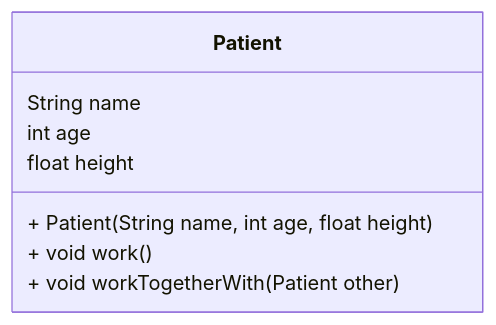
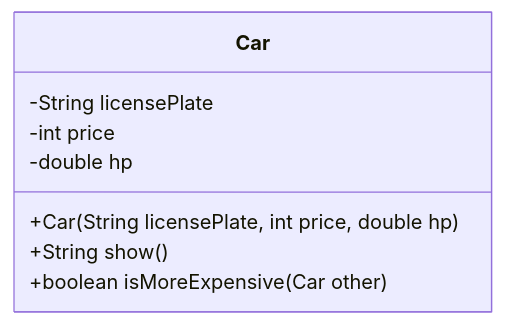
One commit to nbicocchi/learn-java-core changed the diagram in slides/E3.1 - Java Classes (Encapsulation).md. Above: the diagram before and after it, drawn with Mermaid. The commit also changed other lines of this file, not shown here.

````diff
--- a/slides/E3.1 - Java Classes (Encapsulation).md
+++ b/slides/E3.1 - Java Classes (Encapsulation).md
@@ -43,11 +50,12 @@
 ```mermaid
 classDiagram
-    class Patient {
-        String name
-        int age
-        float height
-        + Patient(String name, int age, float height)
-        + void work()
-        + void workTogetherWith(Patient other)
+    class Car {
+        -String licensePlate
+        -int price
+        -double hp
+        +Car(String licensePlate, int price, double hp)
+        +String show()
+        +boolean isMoreExpensive(Car other)
     }
+
 ```
````
